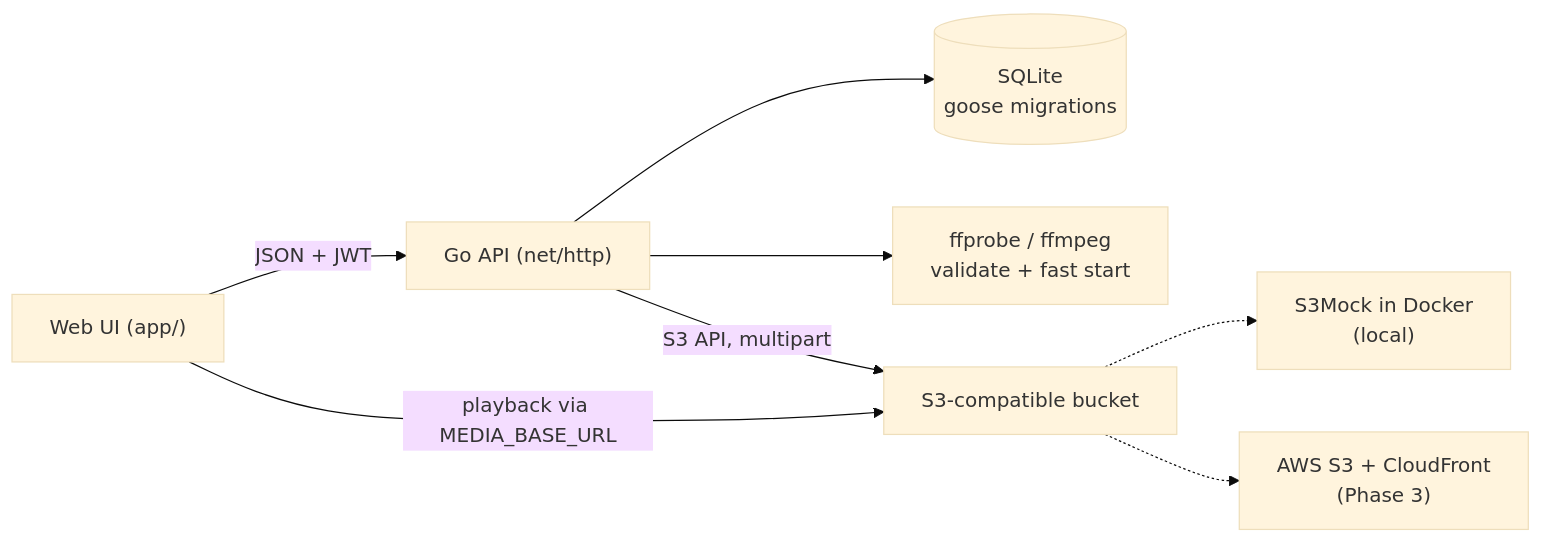
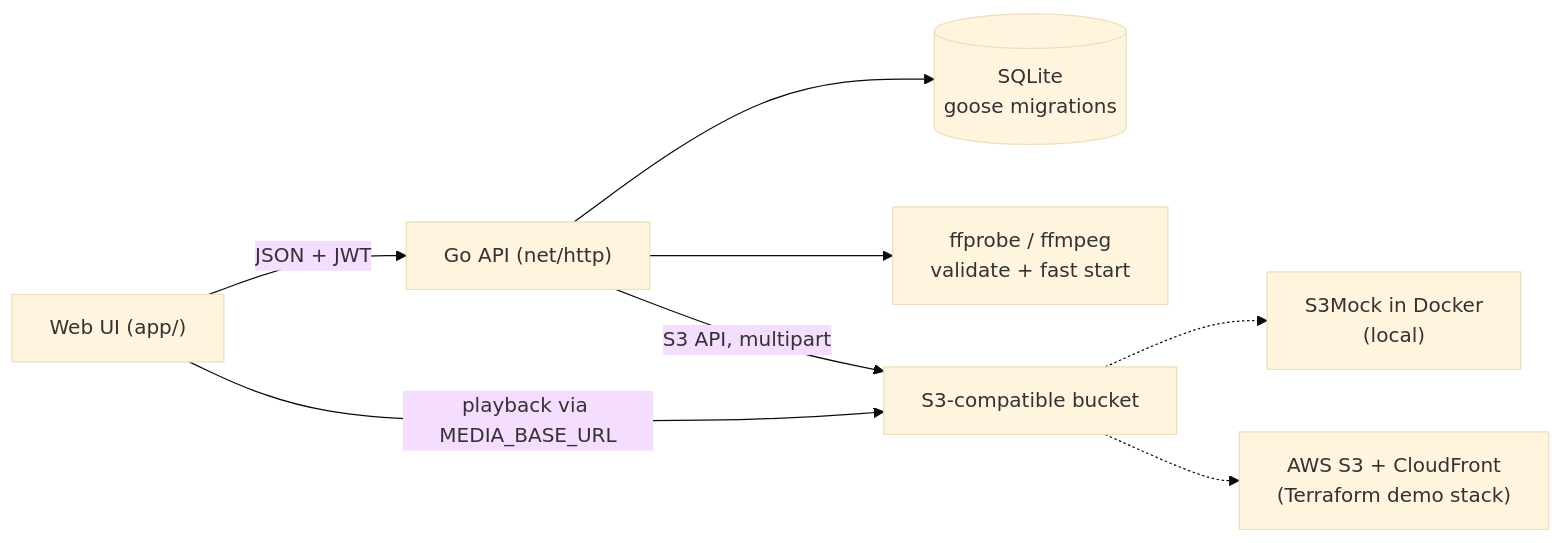
Before and after one commit to danielakinremi1-dev/Tubely-video-manager: the diagram in README.md, drawn with Mermaid (base theme). The commit also changed other lines of this file and 1 other file, not shown here.

First line of the commit message:
docs: Phase 3 done-when demonstrated on AWS and torn down

````diff
--- a/README.md
+++ b/README.md
@@ -24,10 +24,10 @@
 ```mermaid
 flowchart LR
     UI["Web UI (app/)"] -->|"JSON + JWT"| API["Go API (net/http)"]
     API --> DB[("SQLite<br/>goose migrations")]
     API --> FF["ffprobe / ffmpeg<br/>validate + fast start"]
     API -->|"S3 API, multipart"| Store["S3-compatible bucket"]
     Store -.-> Mock["S3Mock in Docker<br/>(local)"]
-    Store -.-> S3["AWS S3 + CloudFront<br/>(Phase 3)"]
+    Store -.-> S3["AWS S3 + CloudFront<br/>(Terraform demo stack)"]
     UI -->|"playback via MEDIA_BASE_URL"| Store
 ```
````
